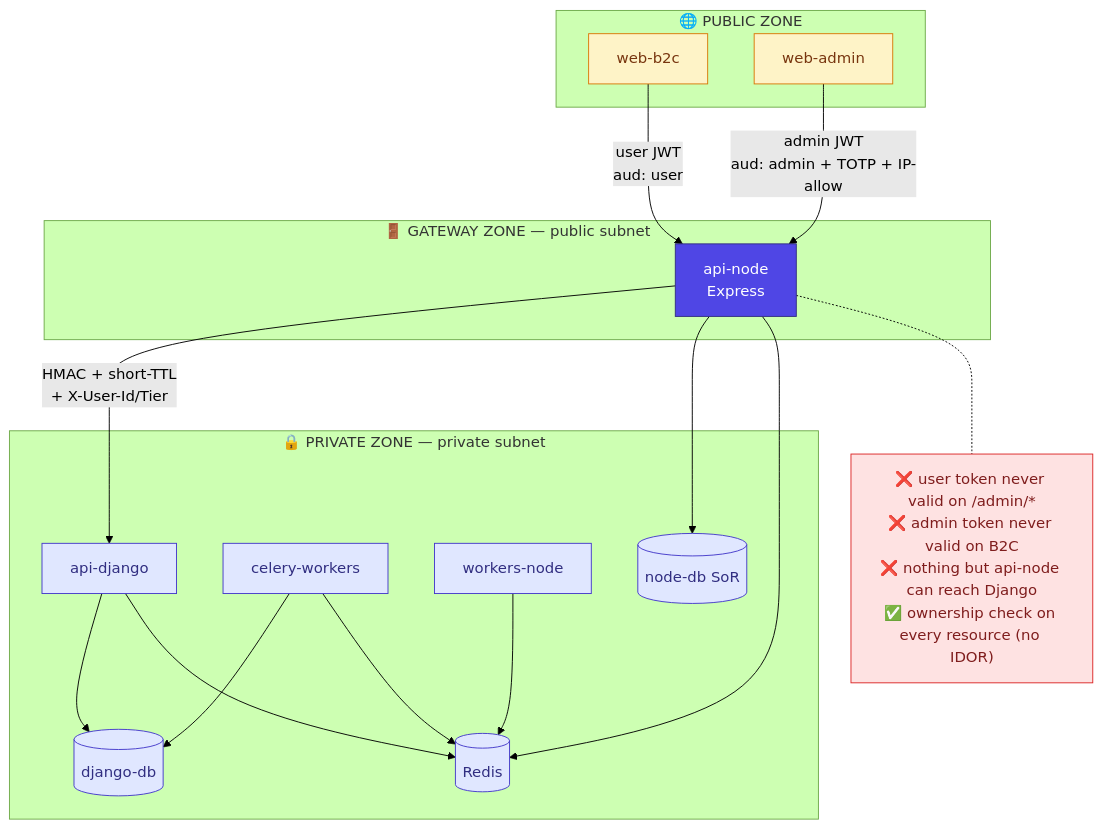
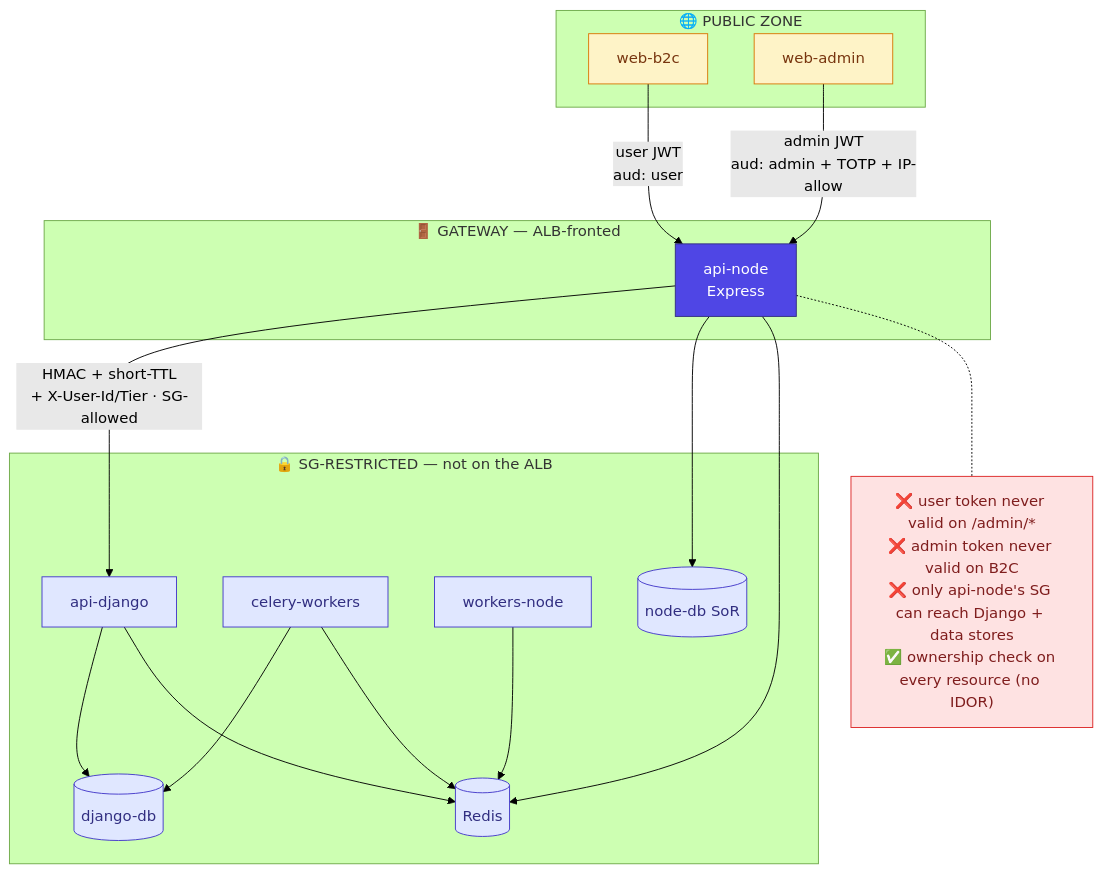
Before and after one commit to Mrutunjay50/DOCS: the fifth of 11 diagrams in architecture_diagrams.md, drawn with Mermaid (forest theme). The commit also changed other lines of this file, not shown here.

````diff
--- a/architecture_diagrams.md
+++ b/architecture_diagrams.md
@@ -235,41 +230,41 @@
 ```mermaid
 flowchart TB
     subgraph z1["🌐 PUBLIC ZONE"]
         c1[web-b2c]
         c2[web-admin]
     end
-    subgraph z2["🚪 GATEWAY ZONE — public subnet"]
+    subgraph z2["🚪 GATEWAY — ALB-fronted"]
         g1[api-node<br/>Express]
     end
-    subgraph z3["🔒 PRIVATE ZONE — private subnet"]
+    subgraph z3["🔒 SG-RESTRICTED — not on the ALB"]
         p1[api-django]
         p2[celery-workers]
         p3[workers-node]
         db1[(node-db SoR)]
         db2[(django-db)]
         rd[(Redis)]
     end
 
     c1 -- "user JWT<br/>aud: user" --> g1
     c2 -- "admin JWT<br/>aud: admin + TOTP + IP-allow" --> g1
-    g1 -- "HMAC + short-TTL<br/>+ X-User-Id/Tier" --> p1
+    g1 -- "HMAC + short-TTL<br/>+ X-User-Id/Tier · SG-allowed" --> p1
     g1 --> db1
     g1 --> rd
     p1 --> db2
     p2 --> db2
     p1 --> rd
     p2 --> rd
     p3 --> rd
 
-    note1["❌ user token never valid on /admin/*<br/>❌ admin token never valid on B2C<br/>❌ nothing but api-node can reach Django<br/>✅ ownership check on every resource (no IDOR)"]
+    note1["❌ user token never valid on /admin/*<br/>❌ admin token never valid on B2C<br/>❌ only api-node's SG can reach Django + data stores<br/>✅ ownership check on every resource (no IDOR)"]
     g1 -.- note1
 
     classDef pub fill:#FEF3C7,stroke:#D97706,color:#78350F;
     classDef gate fill:#4F46E5,stroke:#312E81,color:#fff;
     classDef priv fill:#E0E7FF,stroke:#4338CA,color:#312E81;
     classDef warn fill:#FEE2E2,stroke:#DC2626,color:#7F1D1D;
     class c1,c2 pub;
     class g1 gate;
     class p1,p2,p3,db1,db2,rd priv;
     class note1 warn;
 ```
````
